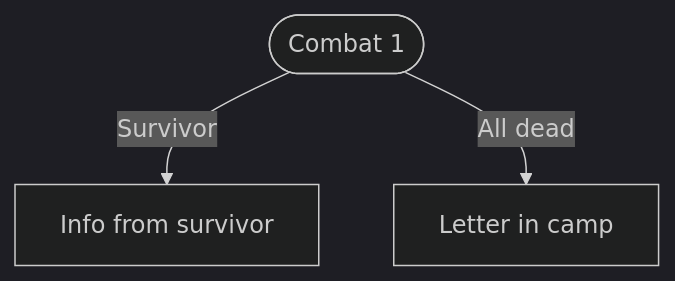
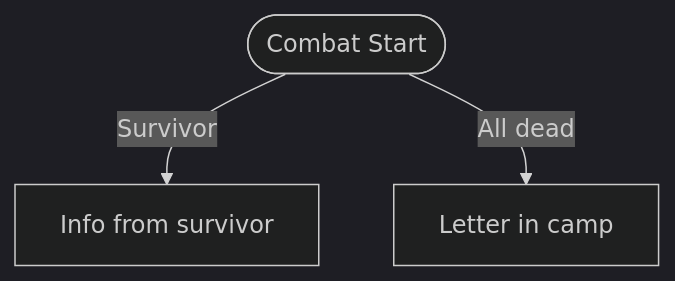
Before and after one commit to Kitick/Anthro: the seventh of 11 diagrams in Lore/Scenes/Intros/Elias.md, drawn with Mermaid (dark theme). The commit also changed other lines of this file, not shown here.

Commit message:
collapsed combat 1 and 3 to one node

````diff
--- a/Lore/Scenes/Intros/Elias.md
+++ b/Lore/Scenes/Intros/Elias.md
@@ -164,5 +163,5 @@
 ```mermaid
 flowchart TD
-    Combat1([Combat 1]) -->|Survivor| C1_Survivor[Info from survivor]
-    Combat1 -->|All dead| C1_Explore[Letter in camp]
+    CombatStart([Combat Start]) -->|Survivor| C1_Survivor[Info from survivor]
+    CombatStart -->|All dead| C1_Explore[Letter in camp]
 ```
````
